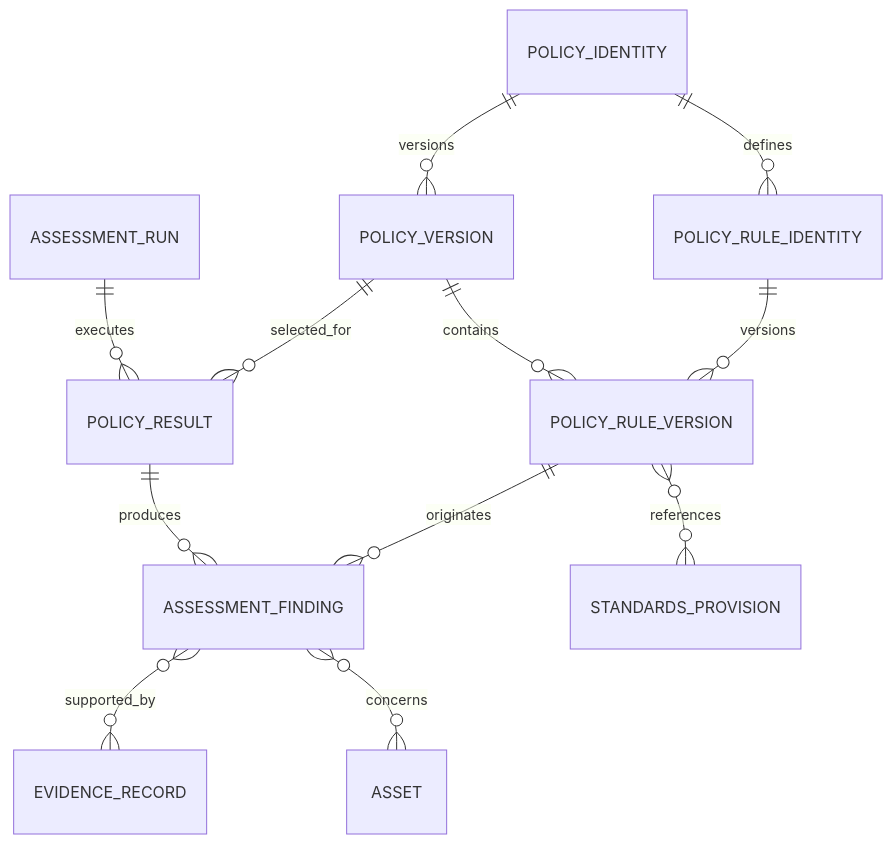
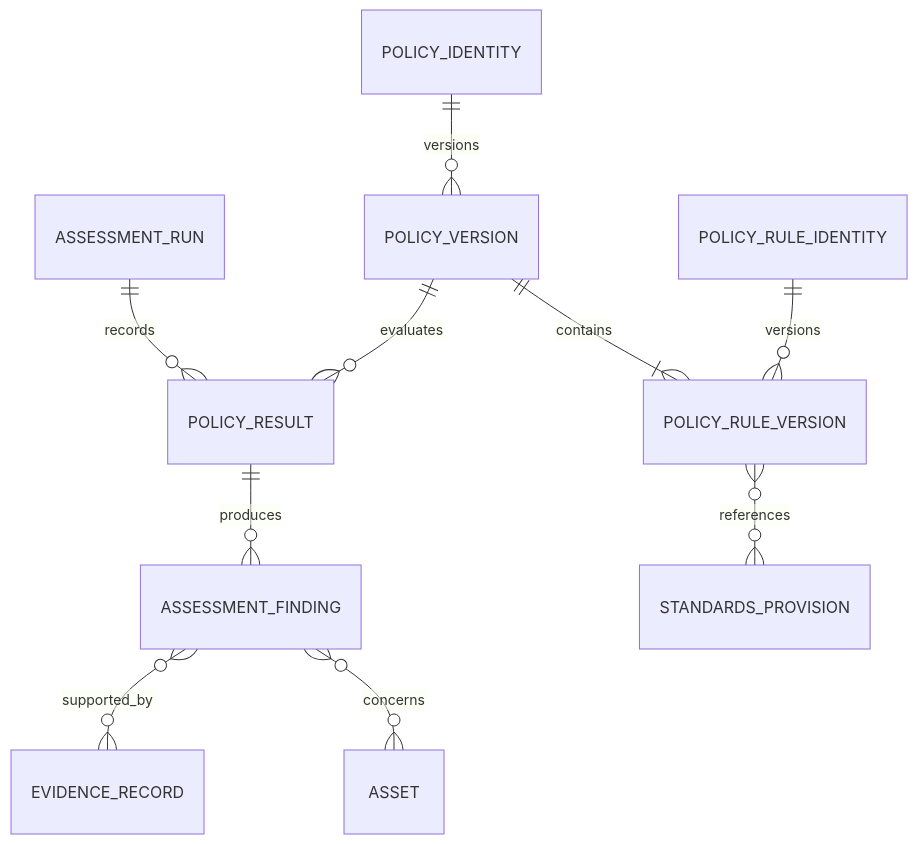
Before and after one commit to git-loa/cryptographic-inventory-pqc-risk-assessment: the sixth of 7 diagrams in docs/architecture/domain/entity-relationships.md, drawn with Mermaid. The commit also changed other lines of this file and 9 other files, not shown here.

Commit message:
feature: refactor relationship rules / docs: rewrite domain architecture documentation

````diff
--- a/docs/architecture/domain/entity-relationships.md
+++ b/docs/architecture/domain/entity-relationships.md
@@ -80,18 +105,14 @@
 ```mermaid
 erDiagram
     POLICY_IDENTITY ||--o{ POLICY_VERSION : versions
-    POLICY_IDENTITY ||--o{ POLICY_RULE_IDENTITY : defines
-
-    POLICY_VERSION ||--o{ POLICY_RULE_VERSION : contains
+    POLICY_VERSION ||--|{ POLICY_RULE_VERSION : contains
     POLICY_RULE_IDENTITY ||--o{ POLICY_RULE_VERSION : versions
 
-    ASSESSMENT_RUN ||--o{ POLICY_RESULT : executes
-    POLICY_VERSION ||--o{ POLICY_RESULT : selected_for
+    ASSESSMENT_RUN ||--o{ POLICY_RESULT : records
+    POLICY_VERSION ||--o{ POLICY_RESULT : evaluates
     POLICY_RESULT ||--o{ ASSESSMENT_FINDING : produces
-
-    POLICY_RULE_VERSION ||--o{ ASSESSMENT_FINDING : originates
 
     POLICY_RULE_VERSION }o--o{ STANDARDS_PROVISION : references
     ASSESSMENT_FINDING }o--o{ EVIDENCE_RECORD : supported_by
     ASSESSMENT_FINDING }o--o{ ASSET : concerns
 ```
````
